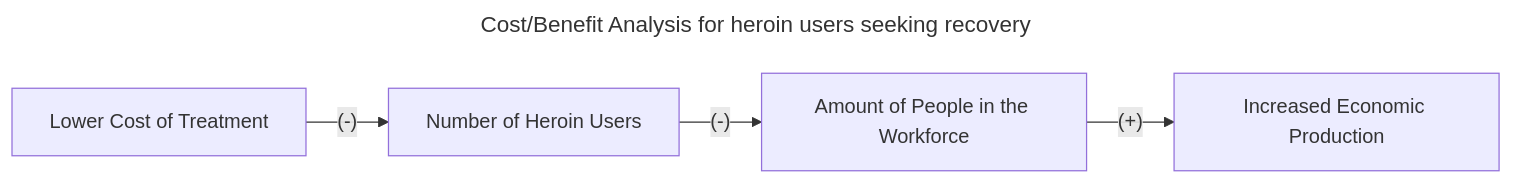
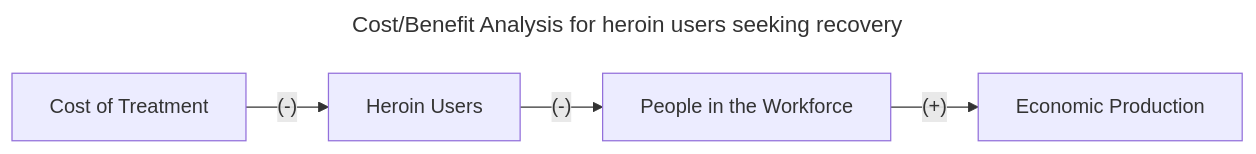
One commit to ecn310/course-project-zipcentercrime changed the fourth of 5 diagrams in Lit_Review/PaperSummaries.md. Above: the diagram before and after it, drawn with Mermaid.

Commit message:
Edited Causal Diagram 4 (2)

````diff
--- a/Lit_Review/PaperSummaries.md
+++ b/Lit_Review/PaperSummaries.md
@@ -72,7 +72,7 @@
 ```mermaid
 ---
 title: Cost/Benefit Analysis for heroin users seeking recovery
 ---
 flowchart LR
-A["Lower Cost of Treatment"] --(#45;)--> B["Number of Heroin Users"] --(#45;)--> C["Amount of People in the Workforce"] --(#43;)--> D["Increased Economic Production"]
+A["Cost of Treatment"] --(#45;)--> B["Heroin Users"] --(#45;)--> C["People in the Workforce"] --(#43;)--> D["Economic Production"]
 ```
````
